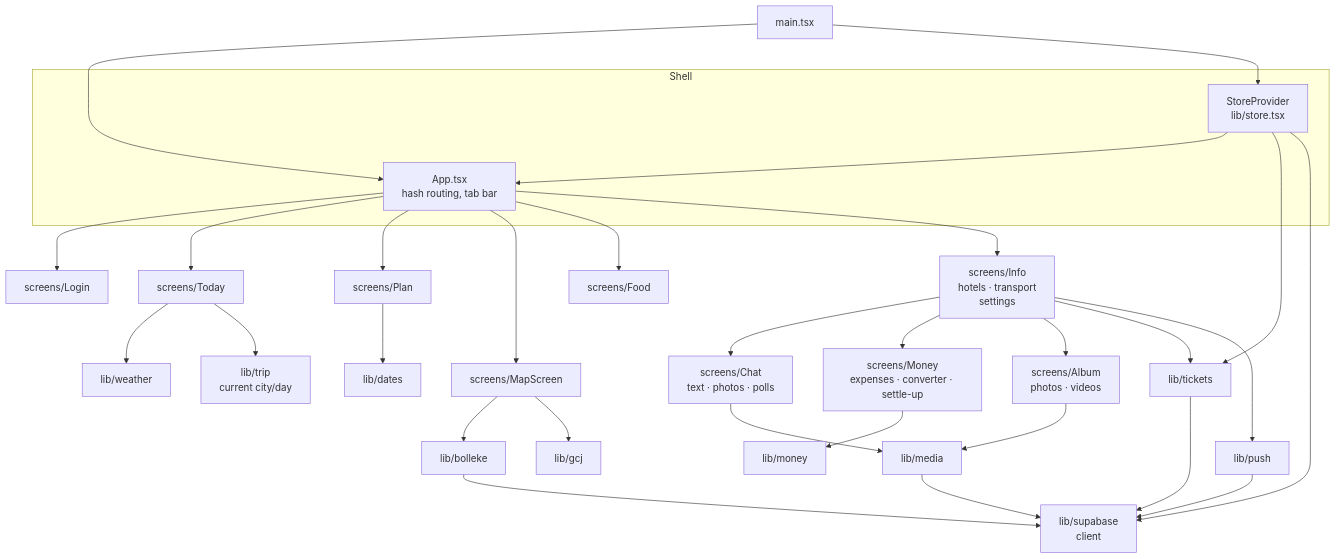
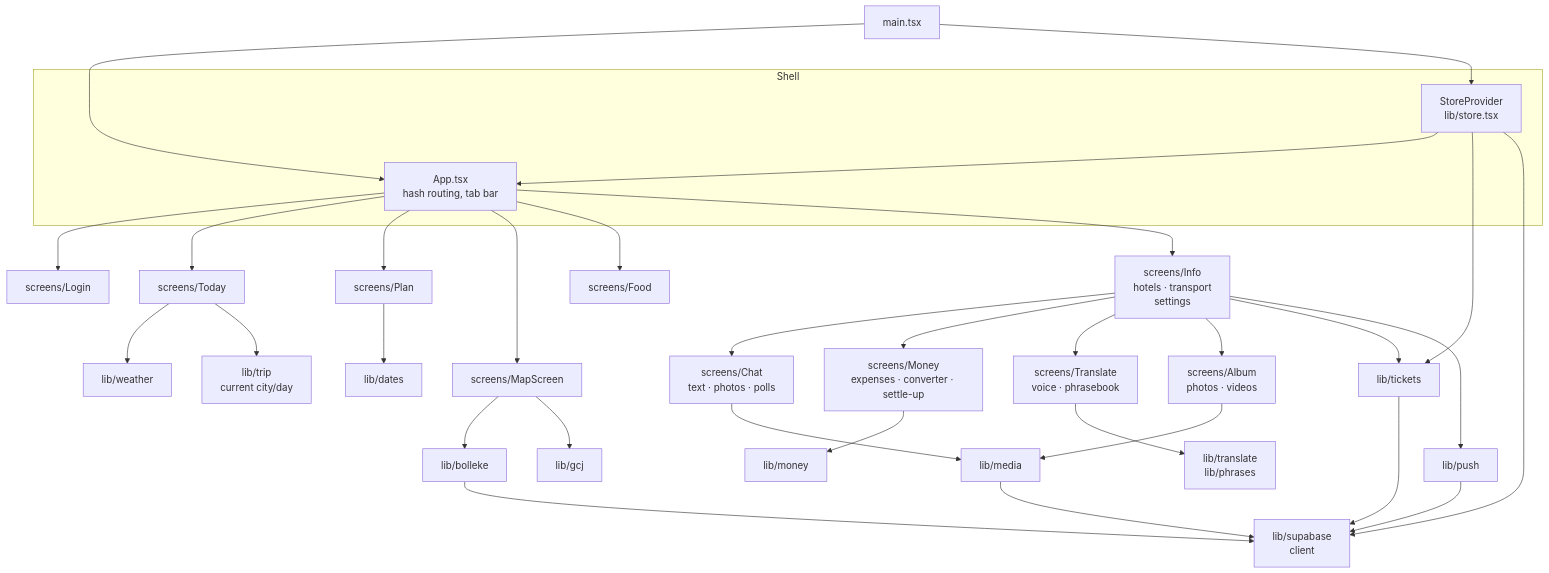
The diagram in docs/frontend.md (Pj-Cnudde98/burglars-in-china), drawn with Mermaid before and after one commit. The commit also changed other lines of this file and 11 other files, not shown here.

First line of the commit message:
Add a translator with voice and an offline phrasebook

````diff
--- a/docs/frontend.md
+++ b/docs/frontend.md
@@ -7,36 +7,38 @@
 ```mermaid
 flowchart TB
     main["main.tsx"] --> App
     subgraph Shell
         App["App.tsx<br/>hash routing, tab bar"]
         Provider["StoreProvider<br/>lib/store.tsx"]
     end
     main --> Provider --> App
 
     App --> Login["screens/Login"]
     App --> Today["screens/Today"]
     App --> Plan["screens/Plan"]
     App --> Map["screens/MapScreen"]
     App --> Food["screens/Food"]
     App --> Info["screens/Info<br/>hotels · transport<br/>settings"]
     Info --> Chat["screens/Chat<br/>text · photos · polls"]
     Info --> Money["screens/Money<br/>expenses · converter · settle-up"]
     Money --> money["lib/money"]
+    Info --> Translate["screens/Translate<br/>voice · phrasebook"]
+    Translate --> translate["lib/translate<br/>lib/phrases"]
     Info --> Album["screens/Album<br/>photos · videos"]
     Album --> media
     Chat --> media["lib/media"]
     media --> sbc
 
     Today --> weather["lib/weather"]
     Map --> bolleke["lib/bolleke"]
     Map --> gcj["lib/gcj"]
     Info --> tickets["lib/tickets"]
     Info --> push["lib/push"]
     Provider --> tickets
     Provider --> sbc["lib/supabase<br/>client"]
     bolleke --> sbc
     push --> sbc
     tickets --> sbc
     Today --> trip["lib/trip<br/>current city/day"]
     Plan --> dates["lib/dates"]
 ```
````
